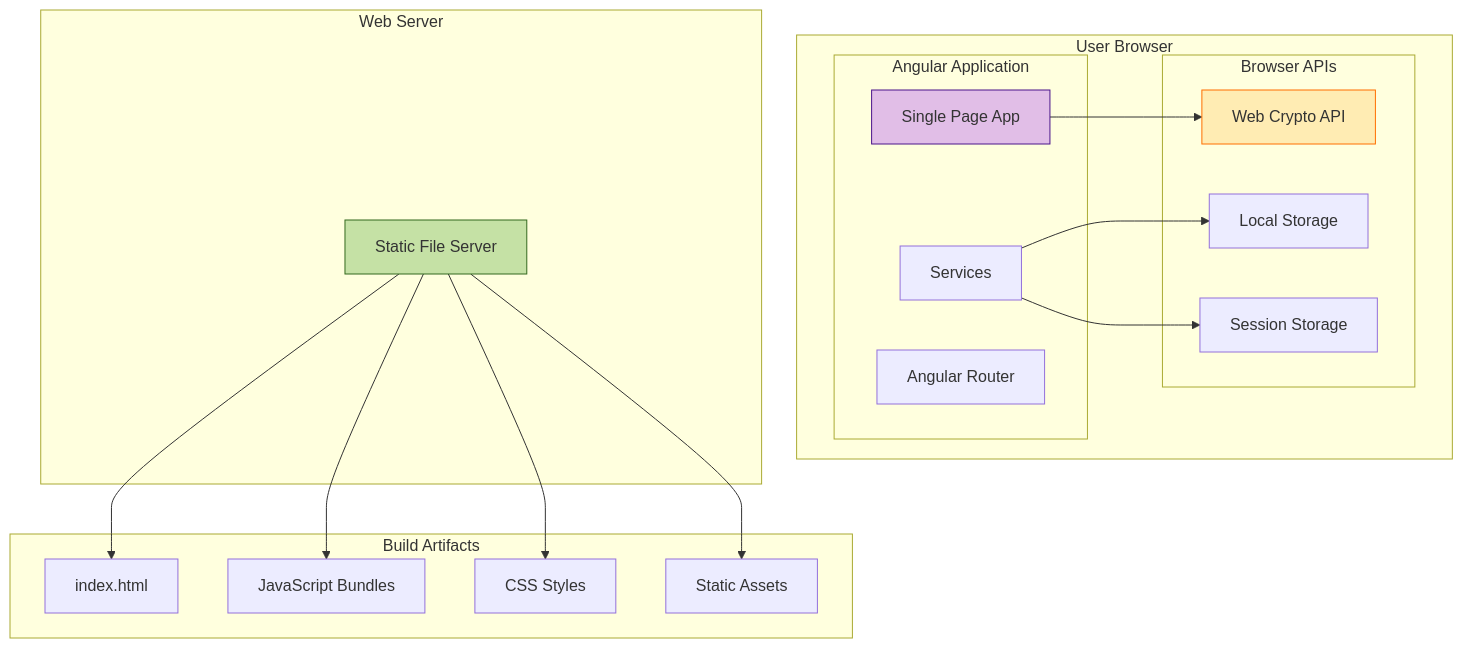
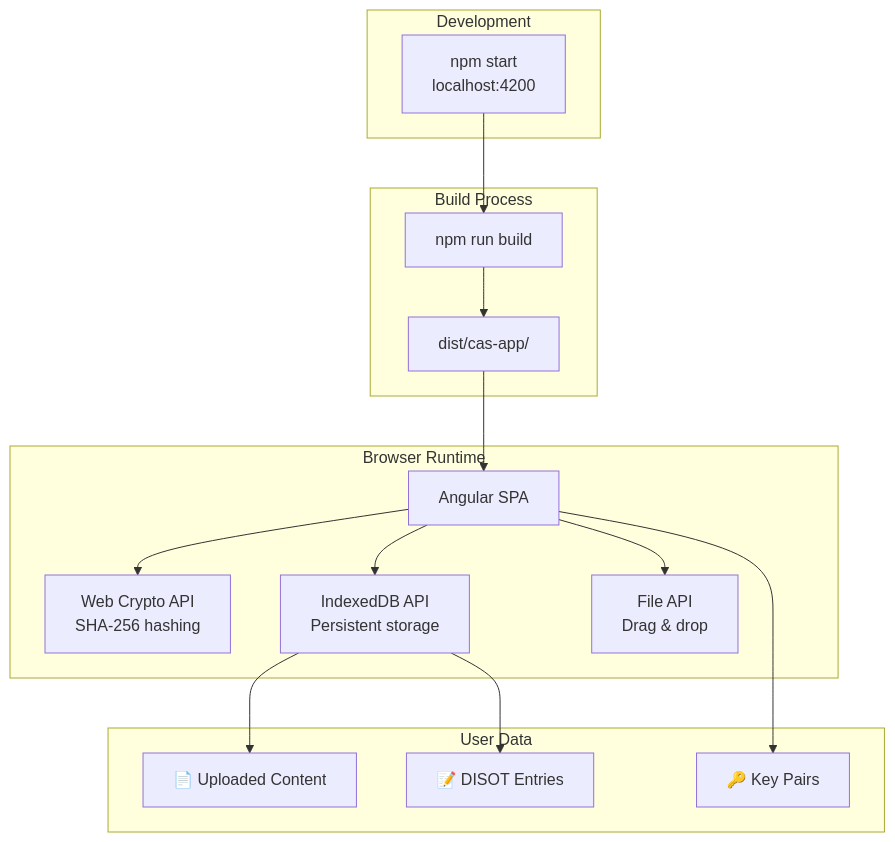
The eighth of 9 diagrams in docs/architecture/system-architecture.md (o2alexanderfedin/angular-cas-disot), drawn with Mermaid before and after one commit. The commit also changed other lines of this file and 18 other files, not shown here.

````diff
--- a/docs/architecture/system-architecture.md
+++ b/docs/architecture/system-architecture.md
@@ -302,40 +244,36 @@
 ```mermaid
 graph TD
-    subgraph "User Browser"
-        subgraph "Angular Application"
-            SPA[Single Page App]
-            ROUTER[Angular Router]
-            SERVICES[Services]
-        end
-        
-        subgraph "Browser APIs"
-            CRYPTO[Web Crypto API]
-            STORAGE[Local Storage]
-            SESSION[Session Storage]
-        end
+    subgraph "Development"
+        DEV[npm start<br/>localhost:4200]
     end
     
-    subgraph "Build Artifacts"
-        HTML[index.html]
-        JS[JavaScript Bundles]
-        CSS[CSS Styles]
-        ASSETS[Static Assets]
+    subgraph "Build Process"
+        BUILD[npm run build]
+        DIST[dist/cas-app/]
     end
     
-    subgraph "Web Server"
-        STATIC[Static File Server]
+    subgraph "Browser Runtime"
+        SPA[Angular SPA]
+        CRYPTO[Web Crypto API<br/>SHA-256 hashing]
+        IDB_API[IndexedDB API<br/>Persistent storage]
+        FILE[File API<br/>Drag & drop]
     end
     
-    STATIC --> HTML
-    STATIC --> JS
-    STATIC --> CSS
-    STATIC --> ASSETS
+    subgraph "User Data"
+        CONTENT[📄 Uploaded Content]
+        ENTRIES[📝 DISOT Entries]
+        KEYS[🔑 Key Pairs]
+    end
+    
+    DEV --> BUILD
+    BUILD --> DIST
+    DIST --> SPA
     
     SPA --> CRYPTO
-    SERVICES --> STORAGE
-    SERVICES --> SESSION
+    SPA --> IDB_API
+    SPA --> FILE
     
-    style SPA fill:#e1bee7,stroke:#4a148c
-    style CRYPTO fill:#ffecb3,stroke:#ff6f00
-    style STATIC fill:#c5e1a5,stroke:#33691e
+    IDB_API --> CONTENT
+    IDB_API --> ENTRIES
+    SPA --> KEYS
 ```
````
